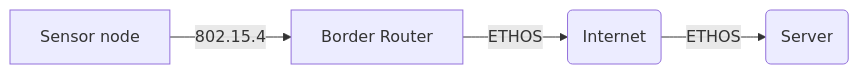
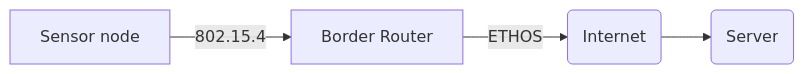
The first of 2 diagrams in docs/NETWORK.md (KRVPerera/sense), drawn with Mermaid before and after one commit. The commit also changed other lines of this file, not shown here.

````diff
--- a/docs/NETWORK.md
+++ b/docs/NETWORK.md
@@ -11,6 +7,6 @@
 ```mermaid
 graph LR;
     A[Sensor node] -->|802.15.4| B[Border Router];
     B --> |ETHOS| C(Internet);
-    C --> |ETHOS| D(Server);
+    C --> D(Server);
 ```
````
